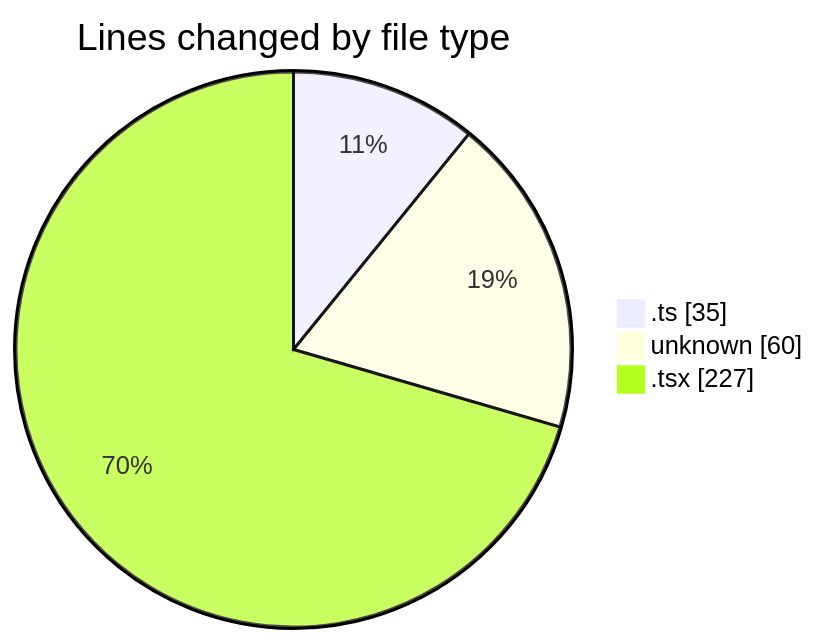
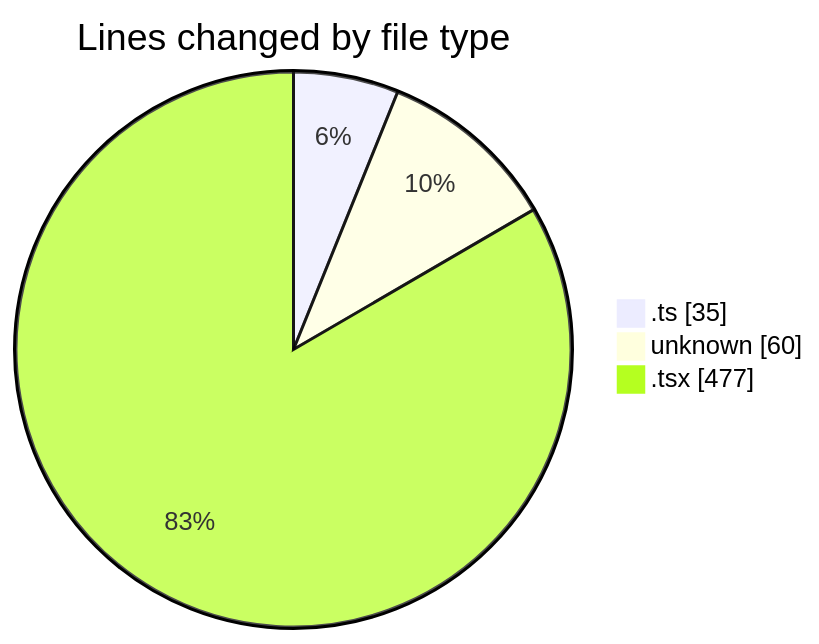
The first of 2 diagrams in 2026-06-12/cda/README.md (momahboobian/code-tracking), drawn with Mermaid before and after one commit. The commit also changed other lines of this file and 1 other file, not shown here.

````diff
--- a/2026-06-12/cda/README.md
+++ b/2026-06-12/cda/README.md
@@ -24,7 +25,7 @@
 ```mermaid
 pie showData
 title Lines changed by file type
 ".ts" : 35
 "unknown" : 60
-".tsx" : 227
+".tsx" : 477
 ```
````
